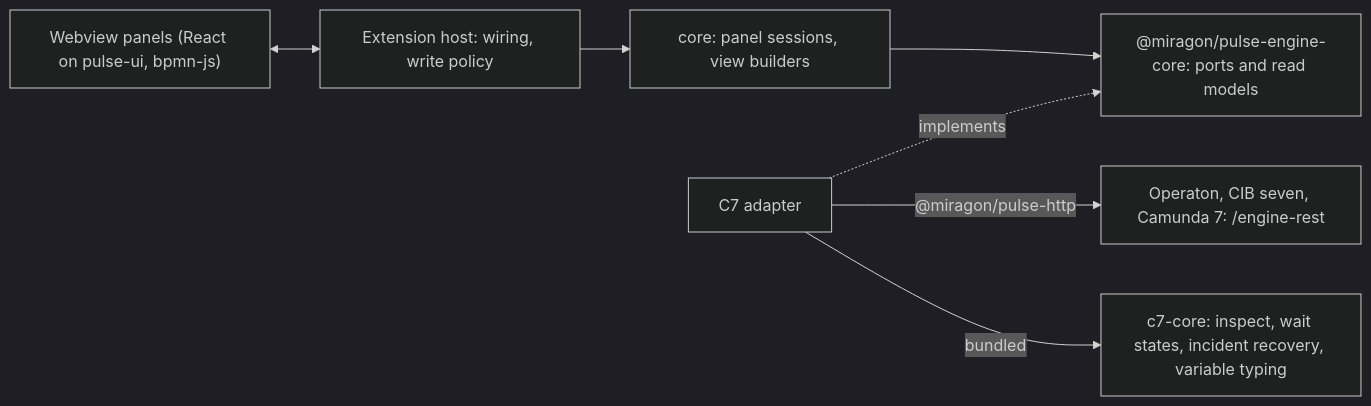
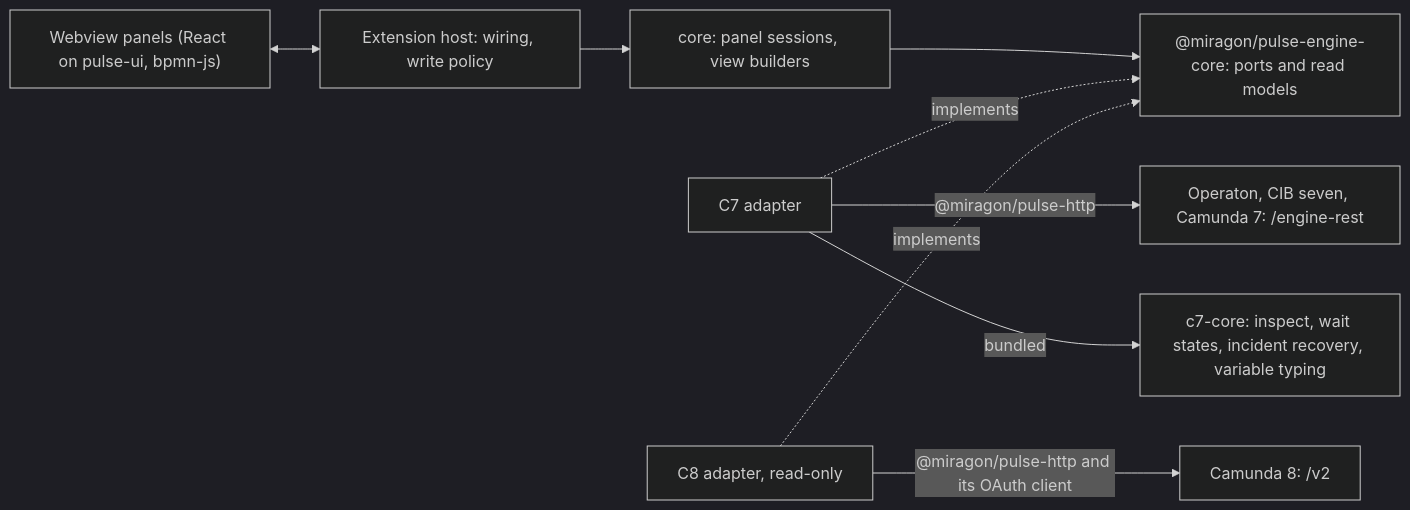
Before and after one commit to Miragon/pulse: the diagram in docs/vscode/architecture.md, drawn with Mermaid (dark theme). The commit also changed other lines of this file and 30 other files, not shown here.

````diff
--- a/docs/vscode/architecture.md
+++ b/docs/vscode/architecture.md
@@ -12,9 +16,11 @@
 ```mermaid
 flowchart LR
   webview["Webview panels (React on pulse-ui, bpmn-js)"] <--> host["Extension host: wiring, write policy"]
   host --> core["core: panel sessions, view builders"]
   core --> engineCore["@miragon/pulse-engine-core: ports and read models"]
   c7["C7 adapter"] -. implements .-> engineCore
   c7 -- "@miragon/pulse-http" --> engines["Operaton, CIB seven, Camunda 7: /engine-rest"]
   c7 -- bundled --> c7core["c7-core: inspect, wait states, incident recovery, variable typing"]
+  c8["C8 adapter, read-only"] -. implements .-> engineCore
+  c8 -- "@miragon/pulse-http and its OAuth client" --> cluster["Camunda 8: /v2"]
 ```
````
